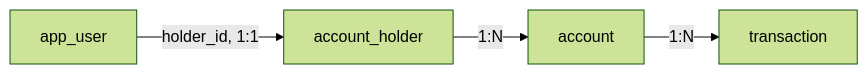
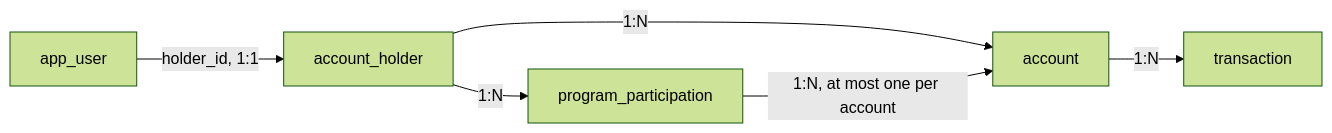
One commit to factory-aj-pahl/mockingbird-bank changed the third of 4 diagrams in droid-wiki/overview/architecture.md. Above: the diagram before and after it, drawn with Mermaid (forest theme). The commit also changed other lines of this file and 78 other files, not shown here.

````diff
--- a/droid-wiki/overview/architecture.md
+++ b/droid-wiki/overview/architecture.md
@@ -67,6 +67,8 @@
 ```mermaid
 graph LR
     AppUser[app_user] -->|holder_id, 1:1| Holder[account_holder]
     Holder -->|1:N| Account[account]
     Account -->|1:N| Tx[transaction]
+    Holder -->|1:N| Program[program_participation]
+    Program -->|1:N, at most one per account| Account
 ```
````
